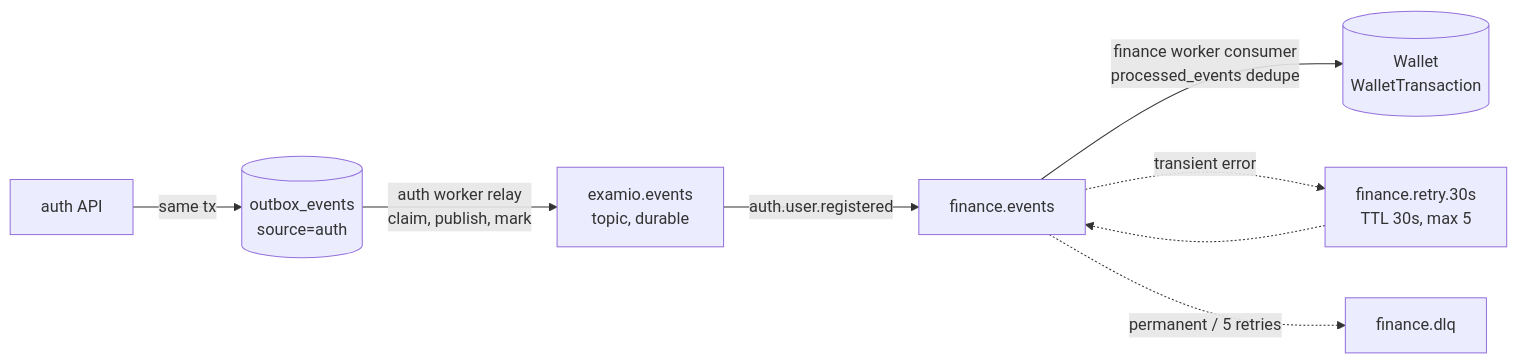
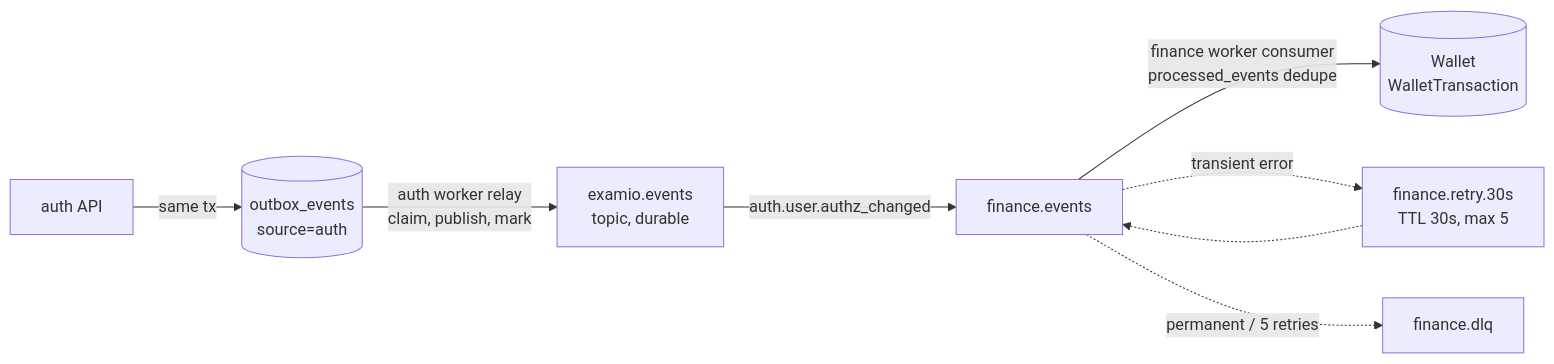
Before and after one commit to tgiap04/examio: the fourth of 8 diagrams in docs/system/architecture.md, drawn with Mermaid. The commit also changed other lines of this file and 13 other files, not shown here.

````diff
--- a/docs/system/architecture.md
+++ b/docs/system/architecture.md
@@ -115,10 +115,10 @@
 ```mermaid
 graph LR
     AUTH[auth API] -->|same tx| OUTBOX[(outbox_events<br/>source=auth)]
     OUTBOX -->|auth worker relay<br/>claim, publish, mark| EXCHANGE[examio.events<br/>topic, durable]
-    EXCHANGE -->|auth.user.registered| FQ[finance.events]
+    EXCHANGE -->|auth.user.authz_changed| FQ[finance.events]
     FQ -->|finance worker consumer<br/>processed_events dedupe| WALLET[(Wallet<br/>WalletTransaction)]
     FQ -.->|transient error| RETRY[finance.retry.30s<br/>TTL 30s, max 5]
     RETRY -.-> FQ
     FQ -.->|permanent / 5 retries| DLQ[finance.dlq]
 ```
````
